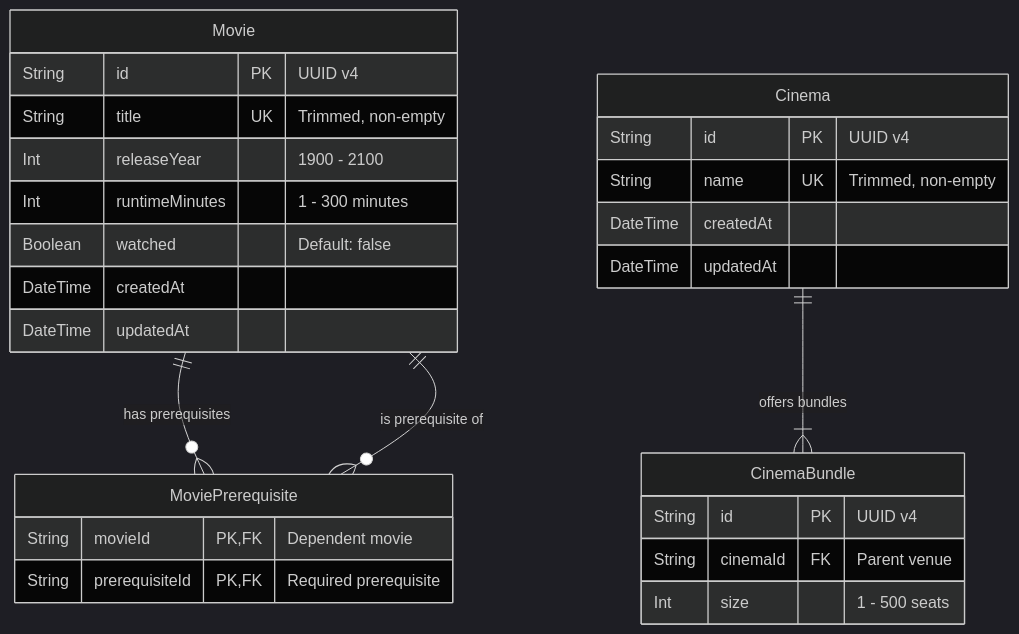
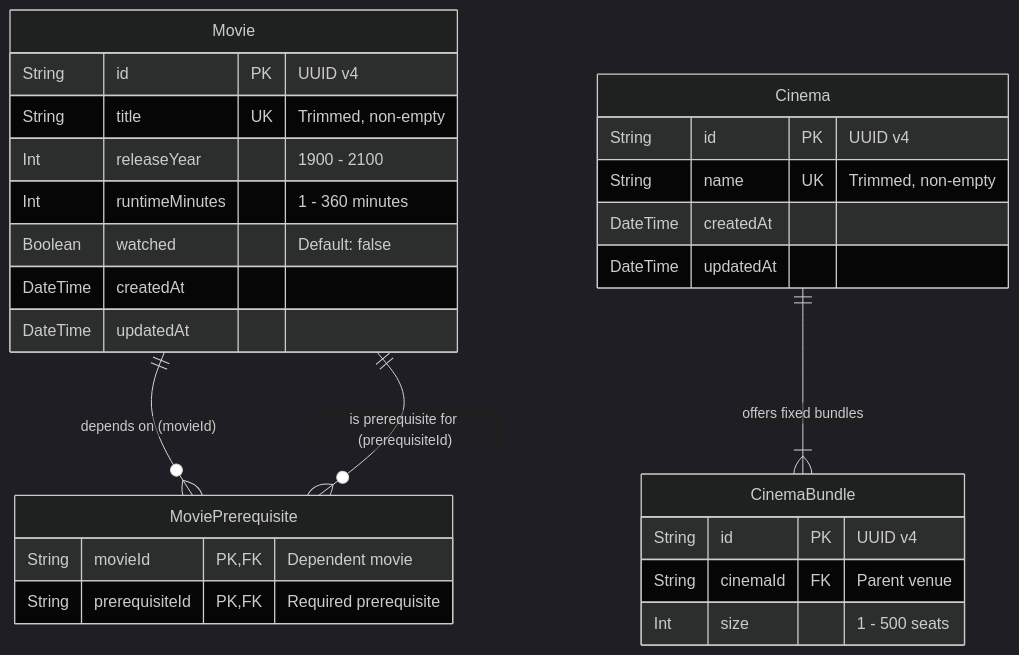
Before and after one commit to utshojahin/doomsday-ready: the second of 6 diagrams in README.md, drawn with Mermaid (dark theme). The commit also changed other lines of this file, not shown here.

Commit message:
docs: add full architecture diagram, algorithm flowcharts, and deployment documentation

````diff
--- a/README.md
+++ b/README.md
@@ -49,34 +72,34 @@
 ```mermaid
 erDiagram
     Movie {
         String id PK "UUID v4"
         String title UK "Trimmed, non-empty"
         Int releaseYear "1900 - 2100"
-        Int runtimeMinutes "1 - 300 minutes"
+        Int runtimeMinutes "1 - 360 minutes"
         Boolean watched "Default: false"
         DateTime createdAt
         DateTime updatedAt
     }
 
     MoviePrerequisite {
         String movieId PK, FK "Dependent movie"
         String prerequisiteId PK, FK "Required prerequisite"
     }
 
     Cinema {
         String id PK "UUID v4"
         String name UK "Trimmed, non-empty"
         DateTime createdAt
         DateTime updatedAt
     }
 
     CinemaBundle {
         String id PK "UUID v4"
         String cinemaId FK "Parent venue"
         Int size "1 - 500 seats"
     }
 
-    Movie ||--o{ MoviePrerequisite : "has prerequisites"
-    Movie ||--o{ MoviePrerequisite : "is prerequisite of"
-    Cinema ||--|{ CinemaBundle : "offers bundles"
+    Movie ||--o{ MoviePrerequisite : "depends on (movieId)"
+    Movie ||--o{ MoviePrerequisite : "is prerequisite for (prerequisiteId)"
+    Cinema ||--|{ CinemaBundle : "offers fixed bundles"
 ```
````
